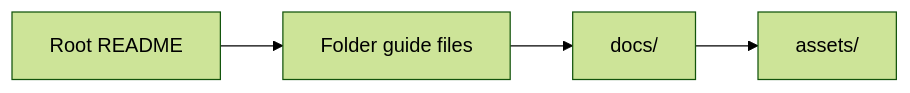
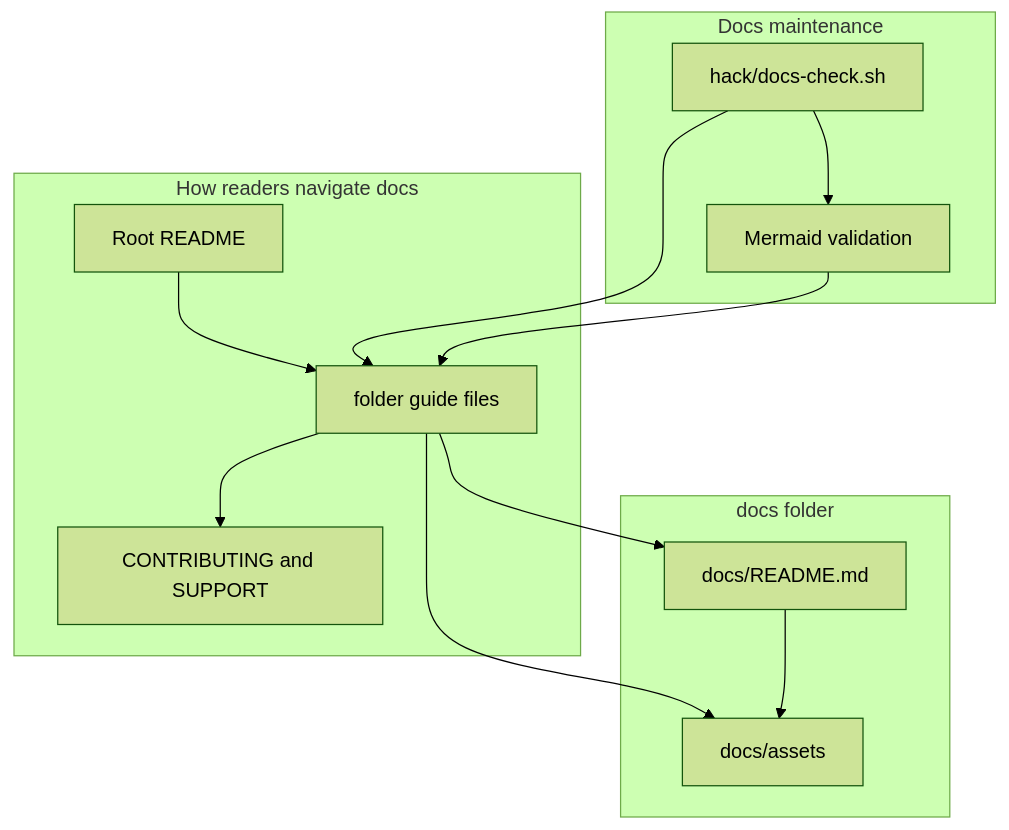
One commit to sanger-pathogens/dlh-in-a-box-umbrella-helm-chart changed the diagram in docs/README.md. Above: the diagram before and after it, drawn with Mermaid (forest theme). The commit also changed other lines of this file and 34 other files, not shown here.

Commit message:
docs: expand repo guides and add umbrella chart manual

````diff
--- a/docs/README.md
+++ b/docs/README.md
@@ -10,6 +17,27 @@
 ```mermaid
-flowchart LR
-  Root[Root README] --> FolderGuides[Folder guide files]
-  FolderGuides --> DocsFolder[docs/]
-  DocsFolder --> Assets[assets/]
+flowchart TD
+  subgraph ReaderPath["How readers navigate docs"]
+    Root[Root README]
+    FolderGuides[folder guide files]
+    SupportDocs[CONTRIBUTING and SUPPORT]
+  end
+
+  subgraph DocsFolder["docs folder"]
+    DocsGuide[docs/README.md]
+    Assets[docs/assets]
+  end
+
+  subgraph Maintenance["Docs maintenance"]
+    DocsCheck[hack/docs-check.sh]
+    Mermaid[Mermaid validation]
+  end
+
+  Root --> FolderGuides
+  FolderGuides --> DocsGuide
+  FolderGuides --> Assets
+  FolderGuides --> SupportDocs
+  DocsGuide --> Assets
+  DocsCheck --> FolderGuides
+  Mermaid --> FolderGuides
+  DocsCheck --> Mermaid
 ```
````
